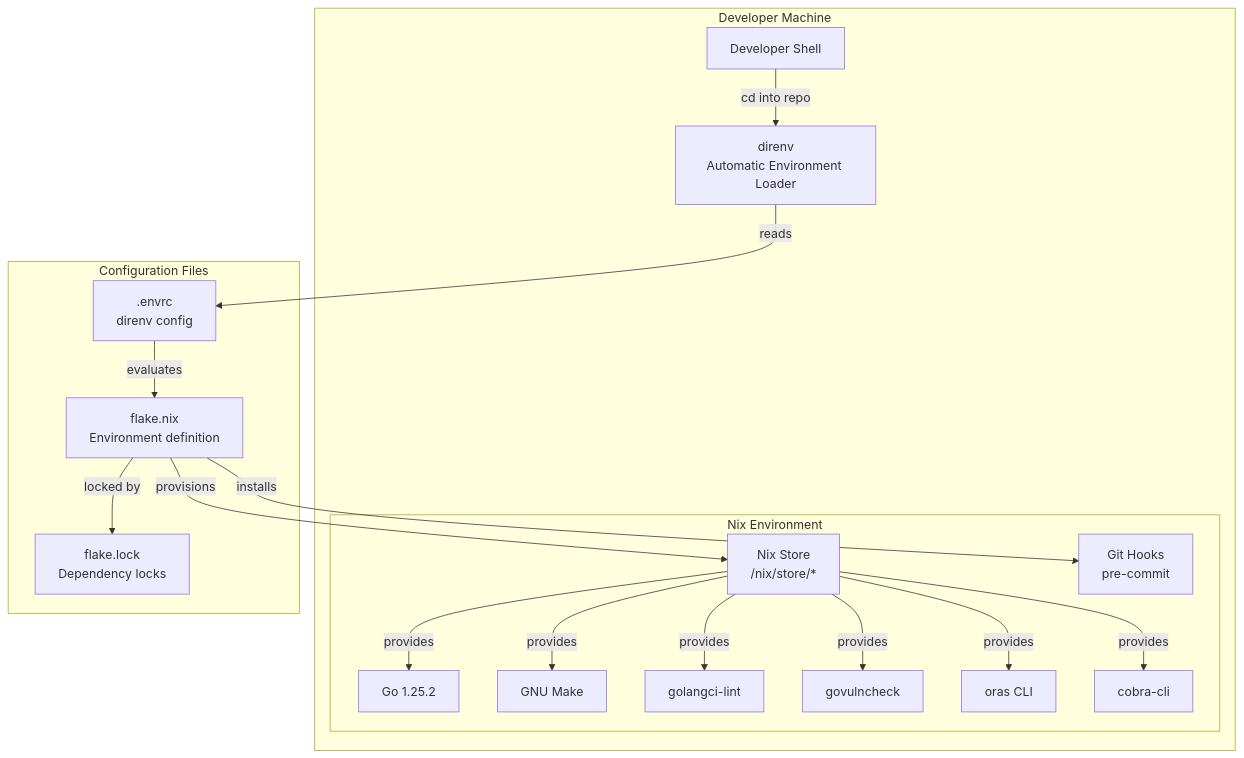
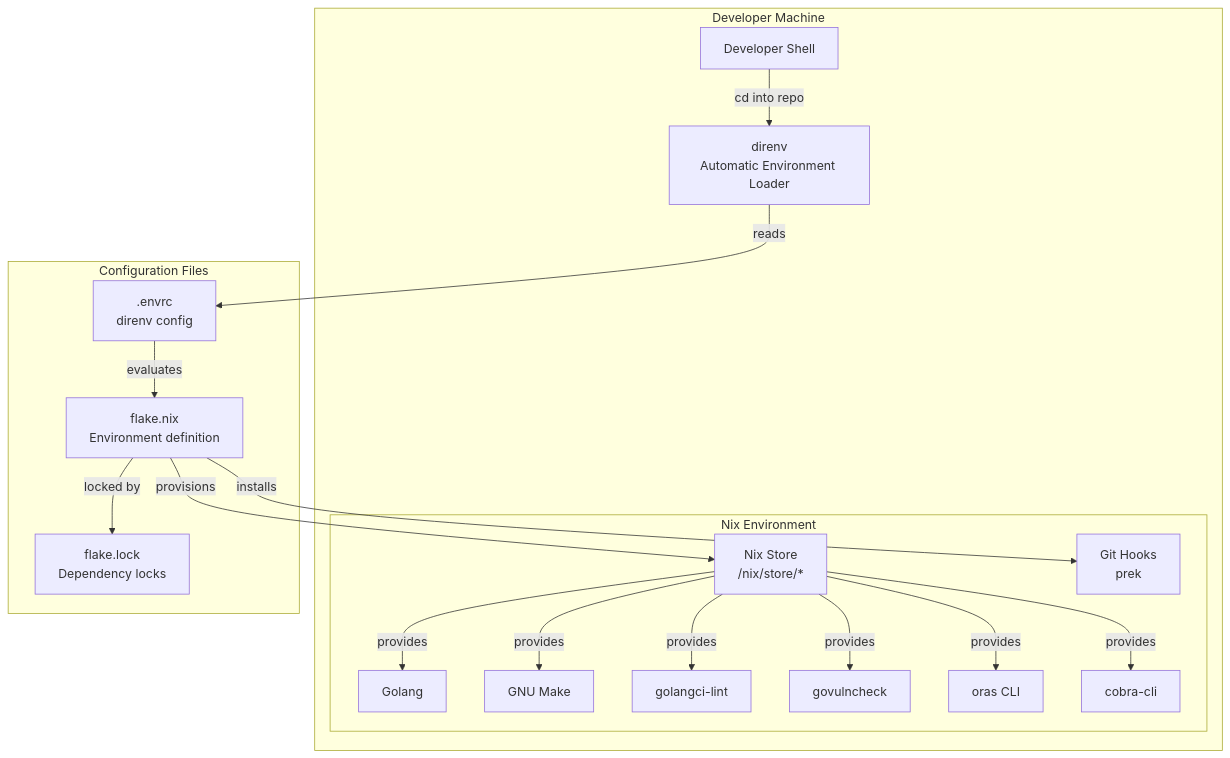
The diagram in docs/CONTRIBUTING.md (opendefensecloud/solution-arsenal), drawn with Mermaid before and after one commit. The commit also changed other lines of this file, not shown here.

````diff
--- a/docs/CONTRIBUTING.md
+++ b/docs/CONTRIBUTING.md
@@ -9,38 +9,38 @@
 ```mermaid
 graph TB
     subgraph "Developer Machine"
         Shell["Developer Shell"]
         Direnv["direnv<br/>Automatic Environment Loader"]
 
         subgraph "Nix Environment"
             NixStore["Nix Store<br/>/nix/store/*"]
-            Go["Go 1.25.2"]
+            Go["Golang"]
             Make["GNU Make"]
             Lint["golangci-lint"]
             Vulncheck["govulncheck"]
             Oras["oras CLI"]
             CobraCLI["cobra-cli"]
-            GitHooks["Git Hooks<br/>pre-commit"]
+            GitHooks["Git Hooks<br/>prek"]
         end
     end
 
     subgraph "Configuration Files"
         EnvRC[".envrc<br/>direnv config"]
         FlakeNix["flake.nix<br/>Environment definition"]
         FlakeLock["flake.lock<br/>Dependency locks"]
     end
 
     Shell -->|cd into repo| Direnv
     Direnv -->|reads| EnvRC
     EnvRC --> |evaluates| FlakeNix
     FlakeNix -->|locked by| FlakeLock
     FlakeNix -->|provisions| NixStore
     FlakeNix -->|installs| GitHooks
 
     NixStore -->|provides| Go
     NixStore -->|provides| Make
     NixStore -->|provides| Lint
     NixStore -->|provides| Vulncheck
     NixStore -->|provides| Oras
     NixStore -->|provides| CobraCLI
 ```
````
